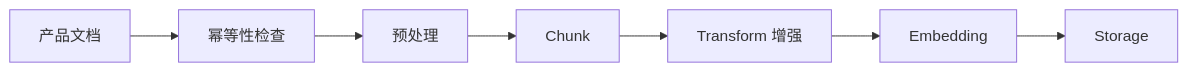
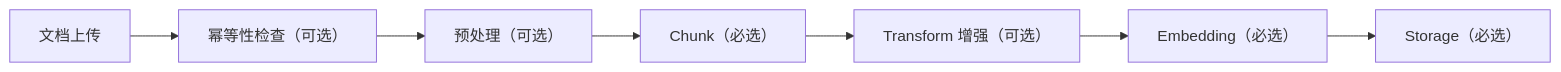
One commit to sissi1125/idea-maker changed the first of 3 diagrams in docs/ARCHITECTURE.md. Above: the diagram before and after it, drawn with Mermaid. The commit also changed other lines of this file and 3 other files, not shown here.

First line of the commit message:
Harness consistency audit: update AGENTS.md, ARCHITECTURE.md, session-handoff, init.sh

````diff
--- a/docs/ARCHITECTURE.md
+++ b/docs/ARCHITECTURE.md
@@ -35,9 +36,9 @@
 ```mermaid
 flowchart LR
-  A["产品文档"] --> B["幂等性检查"]
-  B --> C["预处理"]
-  C --> D["Chunk"]
-  D --> E["Transform 增强"]
-  E --> F["Embedding"]
-  F --> G["Storage"]
+  A["文档上传"] --> B["幂等性检查（可选）"]
+  B --> C["预处理（可选）"]
+  C --> D["Chunk（必选）"]
+  D --> E["Transform 增强（可选）"]
+  E --> F["Embedding（必选）"]
+  F --> G["Storage（必选）"]
 ```
````
